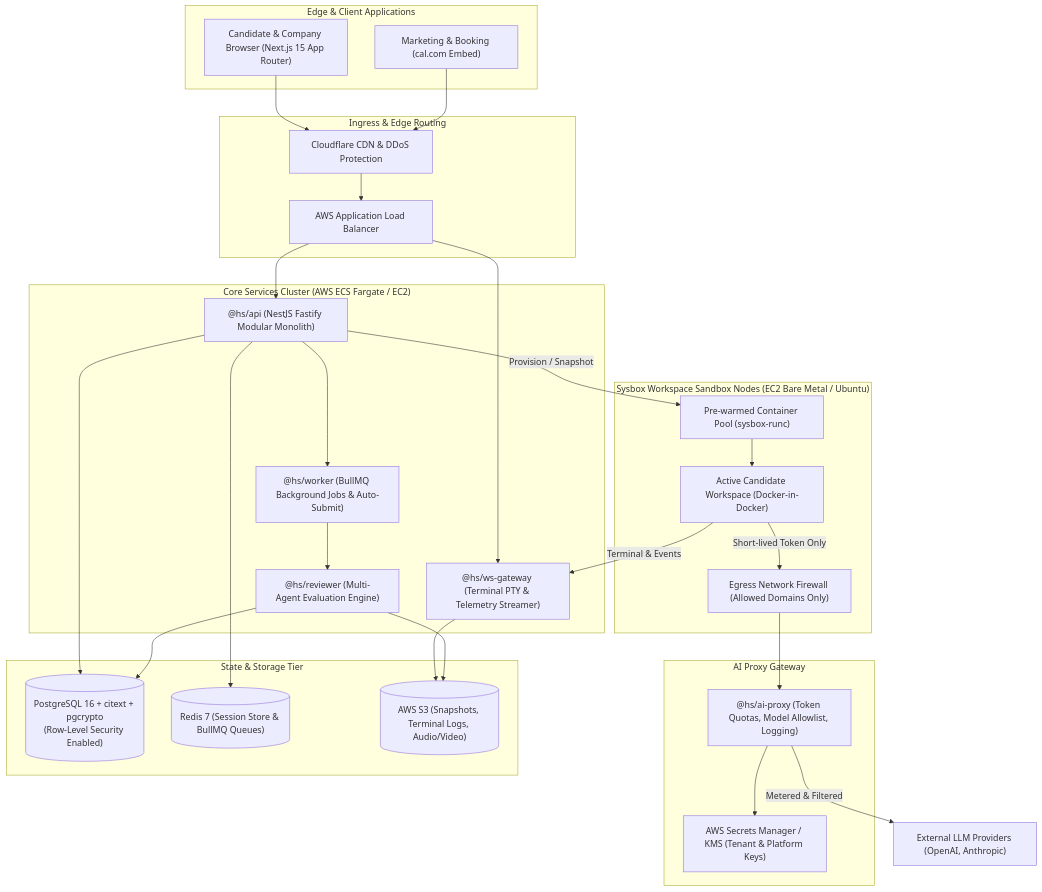
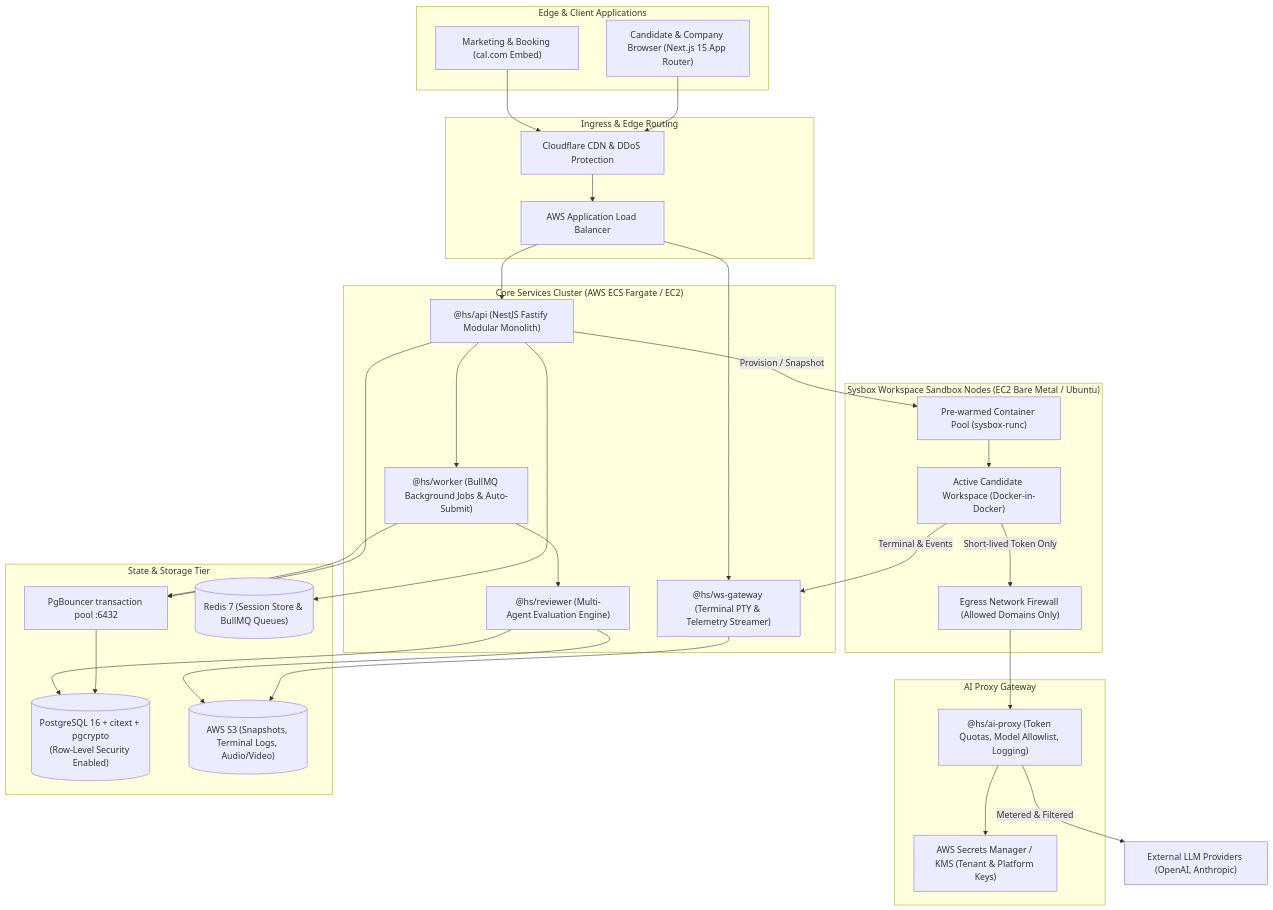
Before and after one commit to infinitica-org/hellosmart: the diagram in apps/docs/content/docs/architecture/system-architecture.mdx, drawn with Mermaid. The commit also changed other lines of this file and 123 other files, not shown here.

````diff
--- a/apps/docs/content/docs/architecture/system-architecture.mdx
+++ b/apps/docs/content/docs/architecture/system-architecture.mdx
@@ -16,59 +16,61 @@
 ```mermaid
 flowchart TB
     subgraph ClientLayer["Edge & Client Applications"]
         Browser["Candidate & Company Browser (Next.js 15 App Router)"]
         Landing["Marketing & Booking (cal.com Embed)"]
     end
 
     subgraph IngressGateway["Ingress & Edge Routing"]
         Cloudflare["Cloudflare CDN & DDoS Protection"]
         ALB["AWS Application Load Balancer"]
     end
 
     subgraph ComputeServices["Core Services Cluster (AWS ECS Fargate / EC2)"]
         API["@hs/api (NestJS Fastify Modular Monolith)"]
         WSGateway["@hs/ws-gateway (Terminal PTY & Telemetry Streamer)"]
         Worker["@hs/worker (BullMQ Background Jobs & Auto-Submit)"]
         Reviewer["@hs/reviewer (Multi-Agent Evaluation Engine)"]
     end
 
     subgraph WorkspaceHost["Sysbox Workspace Sandbox Nodes (EC2 Bare Metal / Ubuntu)"]
         WarmPool["Pre-warmed Container Pool (sysbox-runc)"]
         ActiveWS["Active Candidate Workspace (Docker-in-Docker)"]
         EgressProxy["Egress Network Firewall (Allowed Domains Only)"]
     end
 
     subgraph AIProxyTier["AI Proxy Gateway"]
         AIProxy["@hs/ai-proxy (Token Quotas, Model Allowlist, Logging)"]
         Vault["AWS Secrets Manager / KMS (Tenant & Platform Keys)"]
     end
 
     subgraph DataStorage["State & Storage Tier"]
         Postgres[("PostgreSQL 16 + citext + pgcrypto\n(Row-Level Security Enabled)")]
+        PgBouncer["PgBouncer transaction pool :6432"]
         RedisCluster[("Redis 7 (Session Store & BullMQ Queues)")]
         S3Storage[("AWS S3 (Snapshots, Terminal Logs, Audio/Video)")]
     end
 
     Browser --> Cloudflare --> ALB
     Landing --> Cloudflare
     ALB --> API
     ALB --> WSGateway
 
-    API --> Postgres
+    API --> PgBouncer --> Postgres
     API --> RedisCluster
     API --> Worker
     
     API -->|Provision / Snapshot| WarmPool
     WarmPool --> ActiveWS
     ActiveWS -->|Terminal & Events| WSGateway
     WSGateway --> S3Storage
 
     ActiveWS -->|Short-lived Token Only| EgressProxy
     EgressProxy --> AIProxy
     AIProxy --> Vault
     AIProxy -->|Metered & Filtered| ExternalLLM["External LLM Providers (OpenAI, Anthropic)"]
 
     Worker --> Reviewer
+    Worker --> PgBouncer
     Reviewer --> S3Storage
     Reviewer --> Postgres
 ```
````
